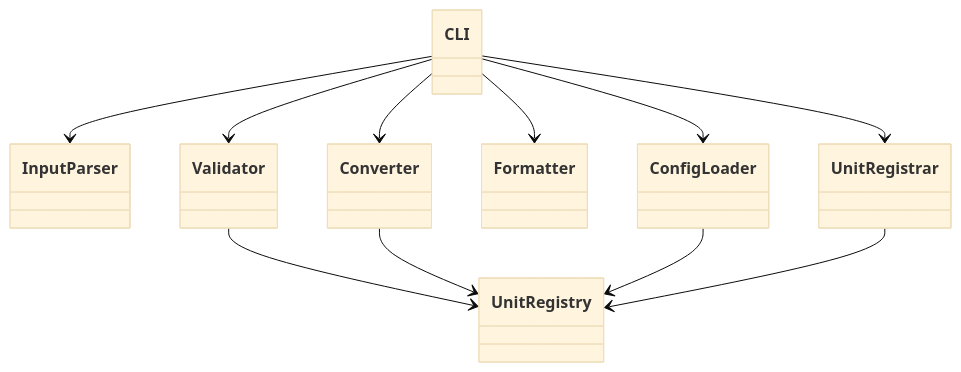
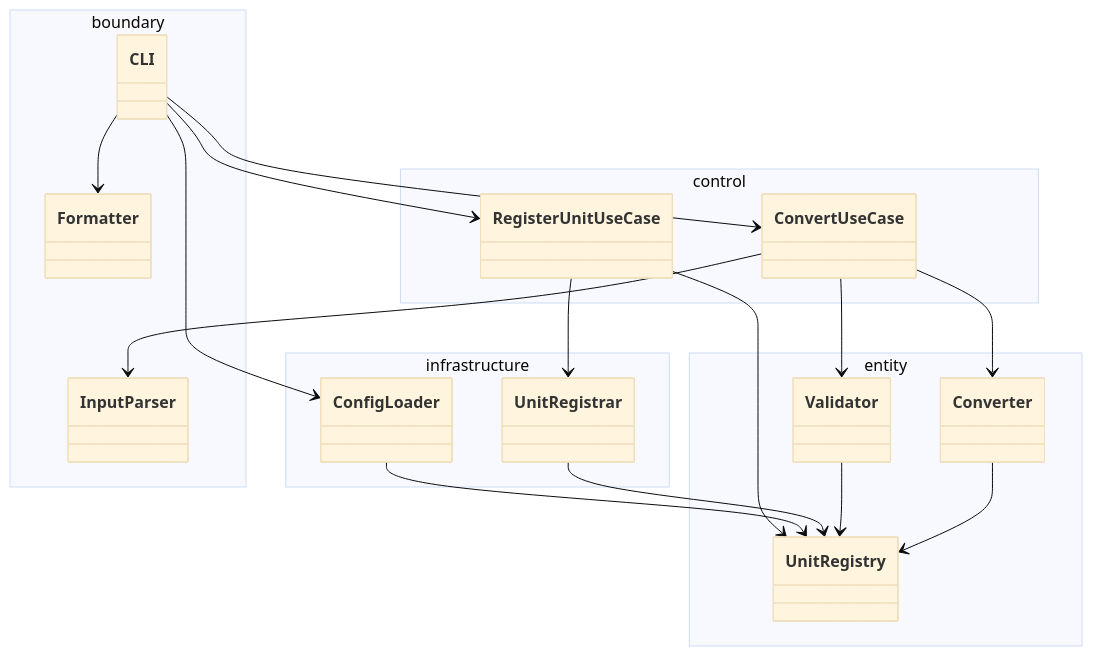
Before and after one commit to mrjini/UnitConverter_14: the diagram in docs/spec/08-design-spec.md, drawn with Mermaid (base theme). The commit also changed other lines of this file and 12 other files, not shown here.

````diff
--- a/docs/spec/08-design-spec.md
+++ b/docs/spec/08-design-spec.md
@@ -174,22 +220,37 @@
 ```mermaid
 classDiagram
-    class CLI
-    class InputParser
-    class Validator
-    class UnitRegistry
-    class Converter
-    class Formatter
-    class ConfigLoader
-    class UnitRegistrar
+    direction TB
 
-    CLI --> InputParser
-    CLI --> Validator
-    CLI --> Converter
+    namespace boundary {
+        class CLI
+        class InputParser
+        class Formatter
+    }
+    namespace control {
+        class ConvertUseCase
+        class RegisterUnitUseCase
+    }
+    namespace entity {
+        class Validator
+        class UnitRegistry
+        class Converter
+    }
+    namespace infrastructure {
+        class ConfigLoader
+        class UnitRegistrar
+    }
+
+    CLI --> ConvertUseCase
     CLI --> Formatter
     CLI --> ConfigLoader
-    CLI --> UnitRegistrar
+    CLI --> RegisterUnitUseCase
+    ConvertUseCase --> InputParser
+    ConvertUseCase --> Validator
+    ConvertUseCase --> Converter
+    RegisterUnitUseCase --> UnitRegistrar
+    RegisterUnitUseCase --> UnitRegistry
+    ConfigLoader --> UnitRegistry
+    UnitRegistrar --> UnitRegistry
     Validator --> UnitRegistry
     Converter --> UnitRegistry
-    ConfigLoader --> UnitRegistry
-    UnitRegistrar --> UnitRegistry
 ```
````
